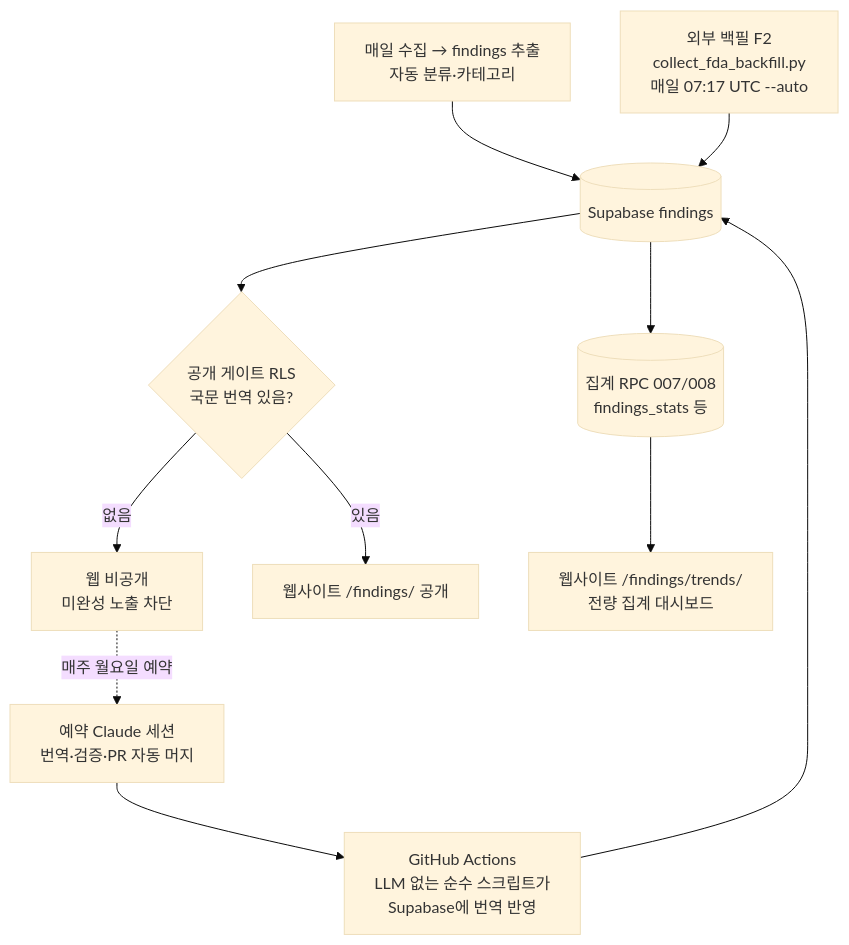
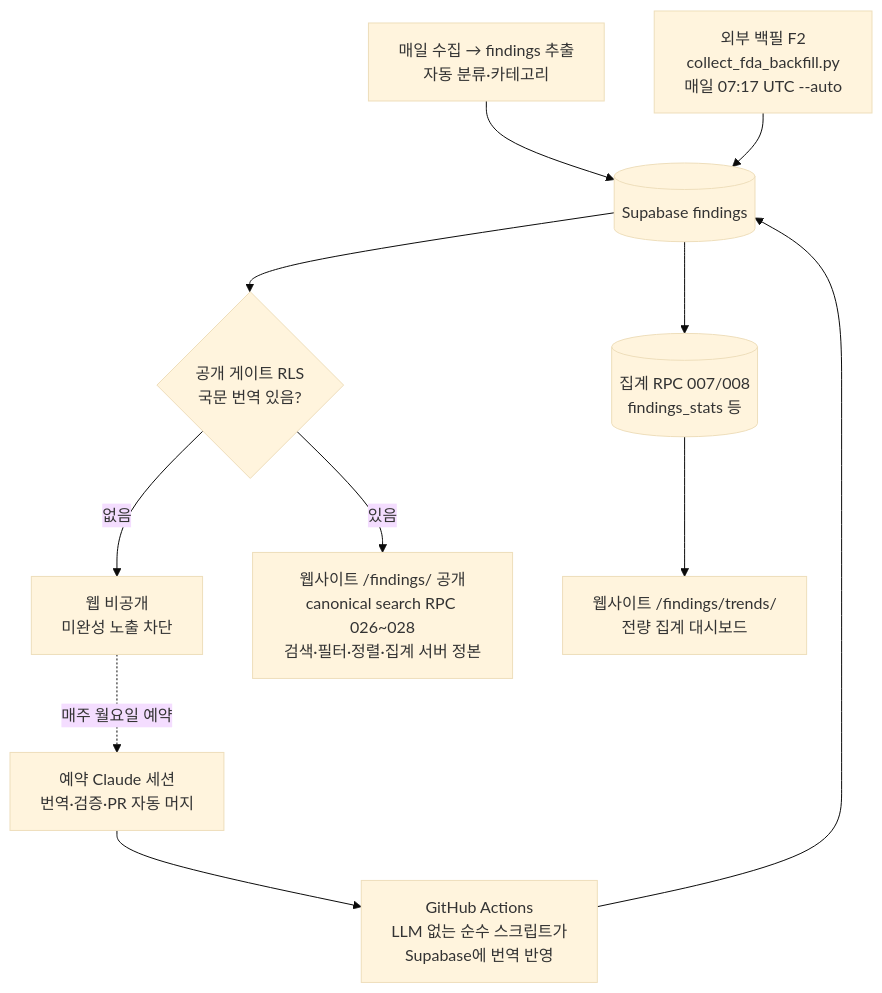
Before and after one commit to MINHOYEOM/grm-api-intake: the third of 3 diagrams in GRM_SYSTEM.md, drawn with Mermaid (base theme). The commit also changed other lines of this file and 1 other file, not shown here.

First line of the commit message:
docs: canonical search 정본화 반영 — 낡은 025 회피책 서술 제거 (PR-C · v1.136)

````diff
--- a/GRM_SYSTEM.md
+++ b/GRM_SYSTEM.md
@@ -185,13 +185,13 @@
 ```mermaid
 flowchart TD
     A[매일 수집 → findings 추출<br/>자동 분류·카테고리] --> B[(Supabase findings)]
     Z[외부 백필 F2<br/>collect_fda_backfill.py<br/>매일 07:17 UTC --auto] --> B
     B --> C{공개 게이트 RLS<br/>국문 번역 있음?}
     C -->|없음| D[웹 비공개<br/>미완성 노출 차단]
-    C -->|있음| E[웹사이트 /findings/ 공개]
+    C -->|있음| E[웹사이트 /findings/ 공개<br/>canonical search RPC 026~028<br/>검색·필터·정렬·집계 서버 정본]
     D -. 매주 월요일 예약 .-> F[예약 Claude 세션<br/>번역·검증·PR 자동 머지]
     F --> G[GitHub Actions<br/>LLM 없는 순수 스크립트가<br/>Supabase에 번역 반영]
     G --> B
     B --> H[(집계 RPC 007/008<br/>findings_stats 등)]
     H --> I[웹사이트 /findings/trends/<br/>전량 집계 대시보드]
 ```
````
